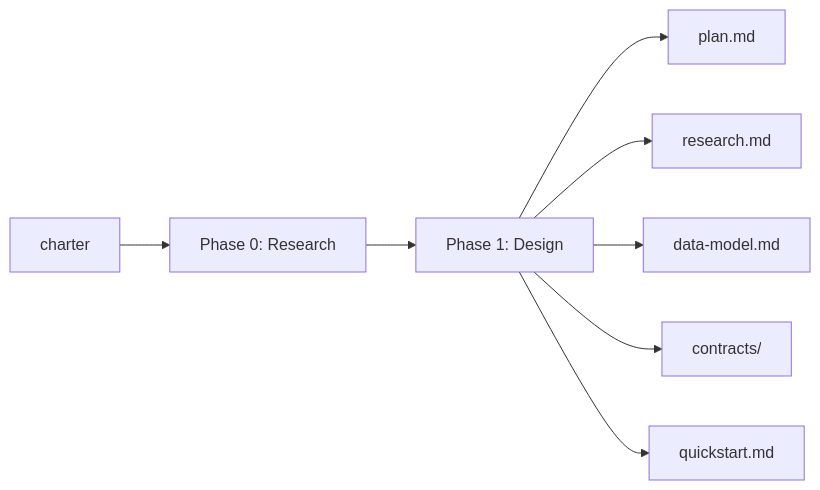
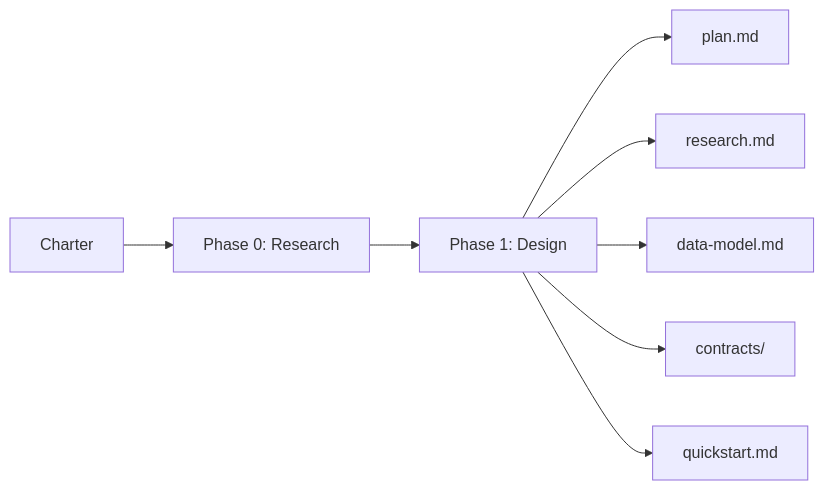
The diagram in src/content/docs/plan/index.md (ParkWardRR/weekend-to-release), drawn with Mermaid before and after one commit. The commit also changed 26 other files, not shown here.

Commit message:
docs: rename methodology to ACE and replace charter lexicon

````diff
--- a/src/content/docs/plan/index.md
+++ b/src/content/docs/plan/index.md
@@ -10,10 +10,10 @@
 ```mermaid
 flowchart LR
-    S[charter] --> P0[Phase 0: Research]
+    S[Charter] --> P0[Phase 0: Research]
     P0 --> P1[Phase 1: Design]
     P1 --> O1[plan.md]
     P1 --> O2[research.md]
     P1 --> O3[data-model.md]
     P1 --> O4[contracts/]
     P1 --> O5[quickstart.md]
 ```
````
